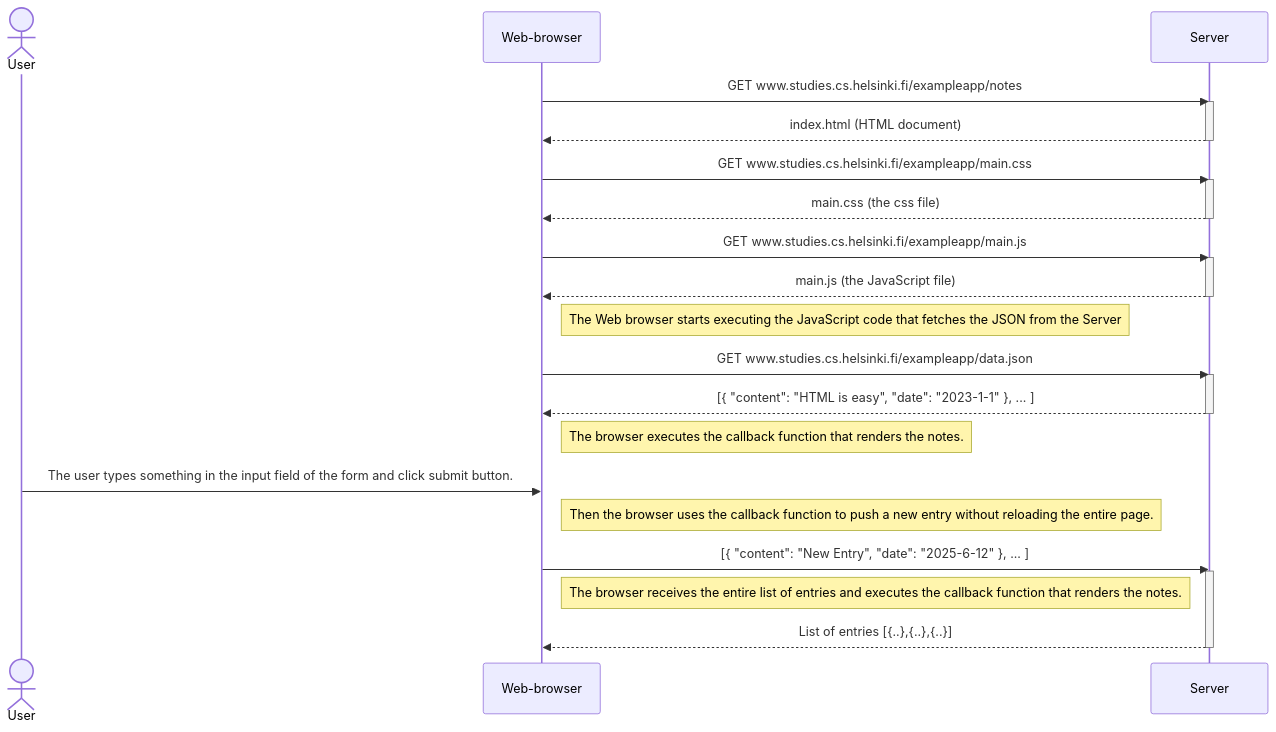
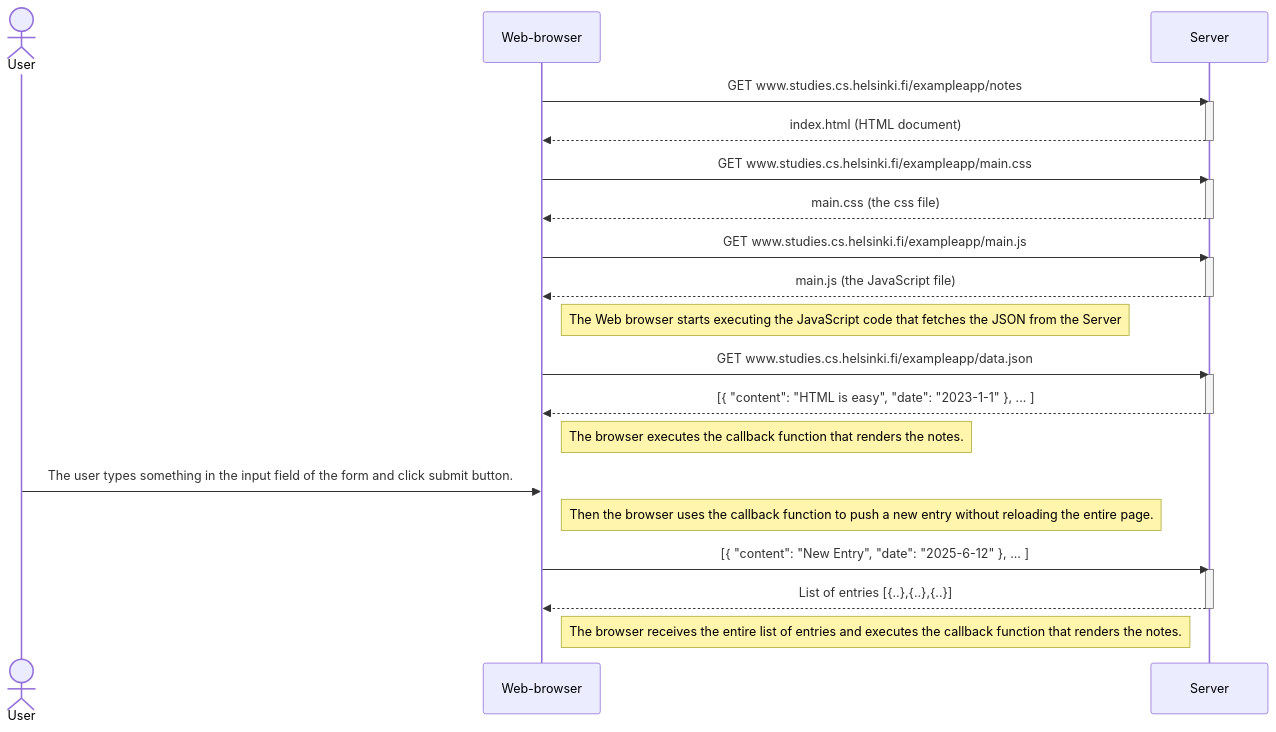
The diagram in Part0/0.4.MD (lonchanick/fullstackopen), drawn with Mermaid before and after one commit. The commit also changed other lines of this file, not shown here.

````diff
--- a/Part0/0.4.MD
+++ b/Part0/0.4.MD
@@ -1,42 +1,42 @@
 ```mermaid
 sequenceDiagram
 actor User
 participant Web-browser
 participant Server
 
 Web-browser->>Server: GET www.studies.cs.helsinki.fi/exampleapp/notes
 activate Server
 Server-->>Web-browser: index.html (HTML document)
 deactivate Server
 
 Web-browser->>Server: GET www.studies.cs.helsinki.fi/exampleapp/main.css
 activate Server
 Server-->>Web-browser: main.css (the css file)
 deactivate Server
 
 Web-browser->>Server: GET www.studies.cs.helsinki.fi/exampleapp/main.js
 activate Server
 Server-->>Web-browser: main.js (the JavaScript file)
 deactivate Server
 
 Note right of Web-browser: The Web browser starts executing the JavaScript code that fetches the JSON from the Server
 
 Web-browser->>Server: GET www.studies.cs.helsinki.fi/exampleapp/data.json
 activate Server
 Server-->>Web-browser: [{ "content": "HTML is easy", "date": "2023-1-1" }, ... ]
 deactivate Server
 
 Note right of Web-browser: The browser executes the callback function that renders the notes.
 
 User->>Web-browser: The user types something in the input field of the form and click submit button. 
 
 Note right of Web-browser: Then the browser uses the callback function to push a new entry without reloading the entire page.
 
 Web-browser->>Server: [{ "content": "New Entry", "date": "2025-6-12" }, ... ] 
 activate Server
 
-Note right of Web-browser: The browser receives the entire list of entries and executes the callback function that renders the notes. 
-
 Server-->>Web-browser: List of entries [{..},{..},{..}]
 deactivate Server
+
+Note right of Web-browser: The browser receives the entire list of entries and executes the callback function that renders the notes. 
 ```
````
